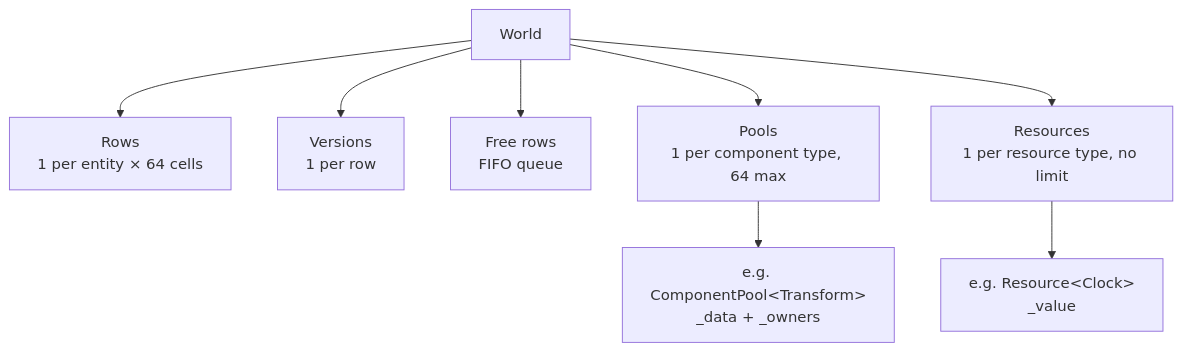
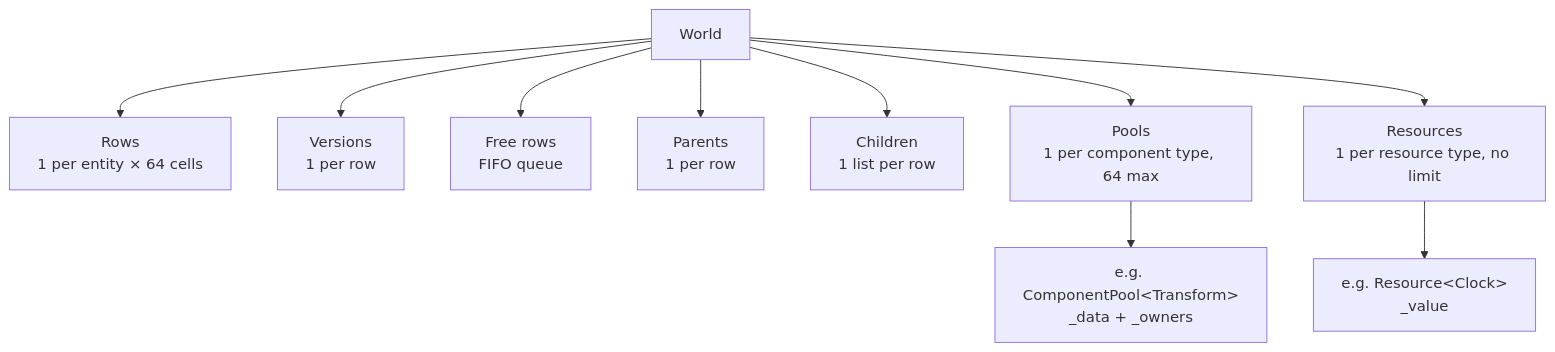
One commit to Boz0o0/Ampersand-Engine changed the diagram in docs/mkdocs/architecture/ecs.md. Above: the diagram before and after it, drawn with Mermaid. The commit also changed other lines of this file and 4 other files, not shown here.

````diff
--- a/docs/mkdocs/architecture/ecs.md
+++ b/docs/mkdocs/architecture/ecs.md
@@ -63,10 +63,12 @@
 ```mermaid
 graph TD
     W[World] --> R["Rows<br/>1 per entity × 64 cells"]
     W --> V["Versions<br/>1 per row"]
     W --> F["Free rows<br/>FIFO queue"]
+    W --> PA["Parents<br/>1 per row"]
+    W --> CH["Children<br/>1 list per row"]
     W --> P["Pools<br/>1 per component type, 64 max"]
     W --> RS["Resources<br/>1 per resource type, no limit"]
     P --> P1["e.g. ComponentPool&lt;Transform&gt;<br/>_data + _owners"]
     RS --> R1["e.g. Resource&lt;Clock&gt;<br/>_value"]
 ```
````
